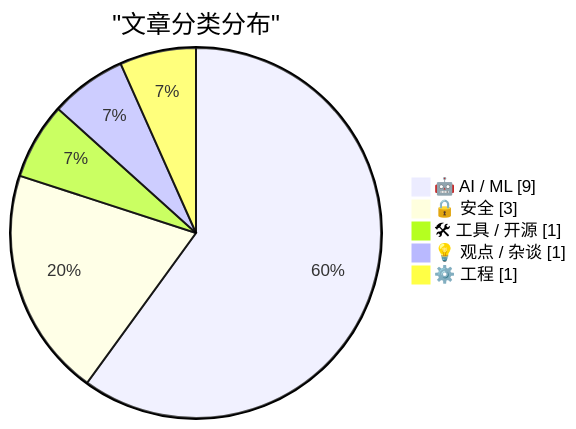
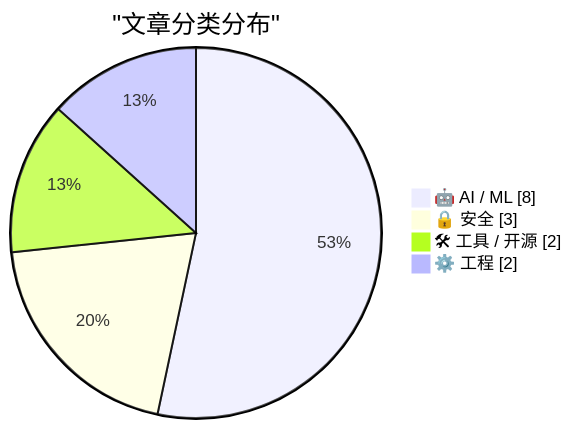
One commit to jingxiebumin/ai-daily-digest changed the first of 2 diagrams in digests/digest-20261103.md. Above: the diagram before and after it, drawn with Mermaid. The commit also changed other lines of this file, not shown here.

````diff
--- a/digests/digest-20261103.md
+++ b/digests/digest-20261103.md
@@ -401,9 +359,8 @@
 ```mermaid
 pie showData
     title "文章分类分布"
-    "🤖 AI / ML" : 9
+    "🤖 AI / ML" : 8
     "🔒 安全" : 3
-    "🛠 工具 / 开源" : 1
-    "💡 观点 / 杂谈" : 1
-    "⚙️ 工程" : 1
+    "🛠 工具 / 开源" : 2
+    "⚙️ 工程" : 2
 ```
````
